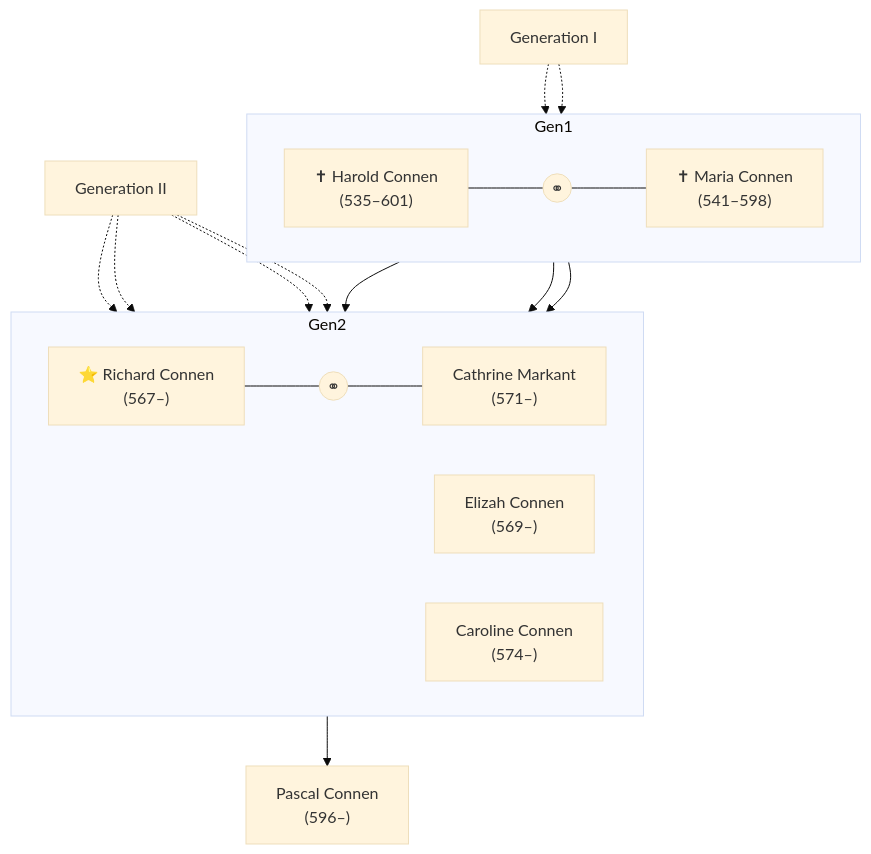
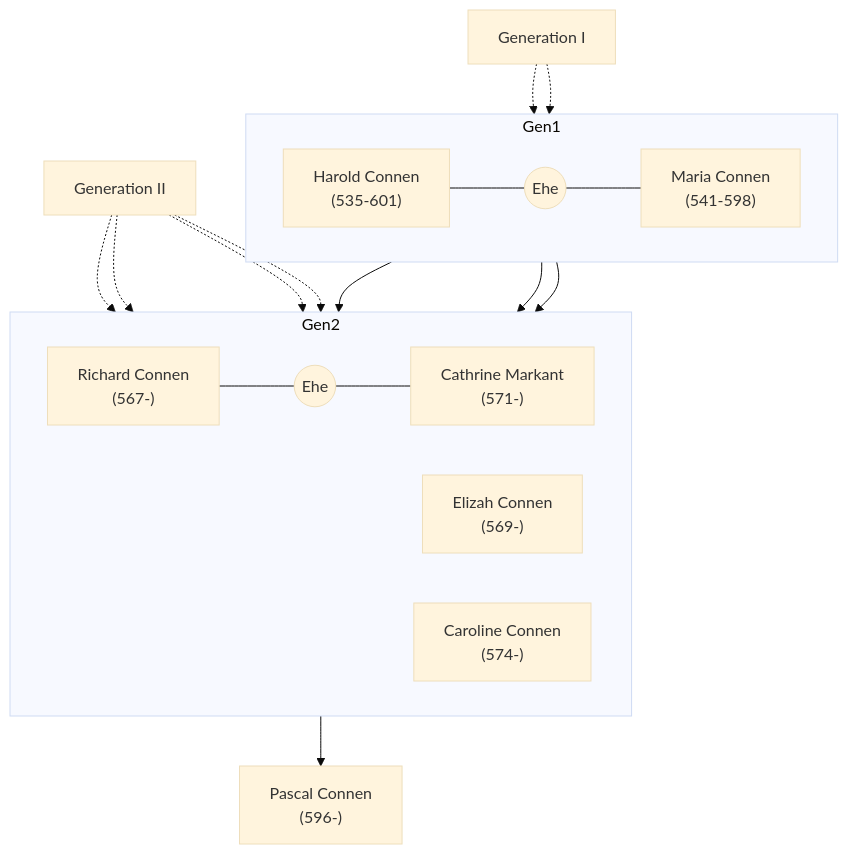
The diagram in content/charaktere/familien/connen.md (TheFabzie/book_lore), drawn with Mermaid (base theme) before and after one commit.

Commit message:
Stammbaum

````diff
--- a/content/charaktere/familien/connen.md
+++ b/content/charaktere/familien/connen.md
@@ -7,61 +7,53 @@
 ```mermaid
 
 flowchart TB
-
 gen1["Generation I"]
 gen2["Generation II"]
 
-%% ===== Generation I (eine Zeile) =====
 subgraph Gen1
 direction LR
-  harold_connen["✝ Harold Connen<br/>(535–601)"]
-  e1((⚭))
-  maria_connen["✝ Maria Connen<br/>(541–598)"]
-
+  harold_connen["Harold Connen<br/>(535-601)"]
+  e1((Ehe))
+  maria_connen["Maria Connen<br/>(541-598)"]
   harold_connen --- e1
   e1 --- maria_connen
 end
 
-%% Generation-I-Label nur zur Optik (unsichtbare Verbindung)
 gen1 -.-> harold_connen
 gen1 -.-> maria_connen
 
-%% Kinder aus Ehe 1
-e1 --> richard_connen["⭐ Richard Connen<br/>(567–)"]
-e1 --> elizah_connen["Elizah Connen<br/>(569–)"]
-e1 --> caroline_connen["Caroline Connen<br/>(574–)"]
+e1 --> richard_connen["Richard Connen<br/>(567-)"]
+e1 --> elizah_connen["Elizah Connen<br/>(569-)"]
+e1 --> caroline_connen["Caroline Connen<br/>(574-)"]
 
-%% ===== Generation II (eine Zeile) =====
 subgraph Gen2
 direction LR
   richard_connen
-  e2((⚭))
-  cathrine_markant["Cathrine Markant<br/>(571–)"]
+  e2((Ehe))
+  cathrine_markant["Cathrine Markant<br/>(571-)"]
   elizah_connen
   caroline_connen
-
   richard_connen --- e2
   e2 --- cathrine_markant
 end
 
-%% Generation-II-Label nur zur Optik
 gen2 -.-> richard_connen
 gen2 -.-> elizah_connen
 gen2 -.-> caroline_connen
 gen2 -.-> cathrine_markant
 
-%% Kind aus Ehe 2
-e2 --> pascal_connen["Pascal Connen<br/>(596–)"]
+e2 --> pascal_connen["Pascal Connen<br/>(596-)"]
+
 
 %% Klickbare Links
 click harold_connen "/charaktere/harold-connen"
 click maria_connen "/charaktere/maria-connen"
 click richard_connen "/charaktere/richard-connen"
 click elizah_connen "/charaktere/elizah-connen"
 click caroline_connen "/charaktere/caroline-connen"
 click cathrine_markant "/charaktere/cathrine-markant"
 click pascal_connen "/charaktere/pascal-connen"
 
 
 
 ```
````
